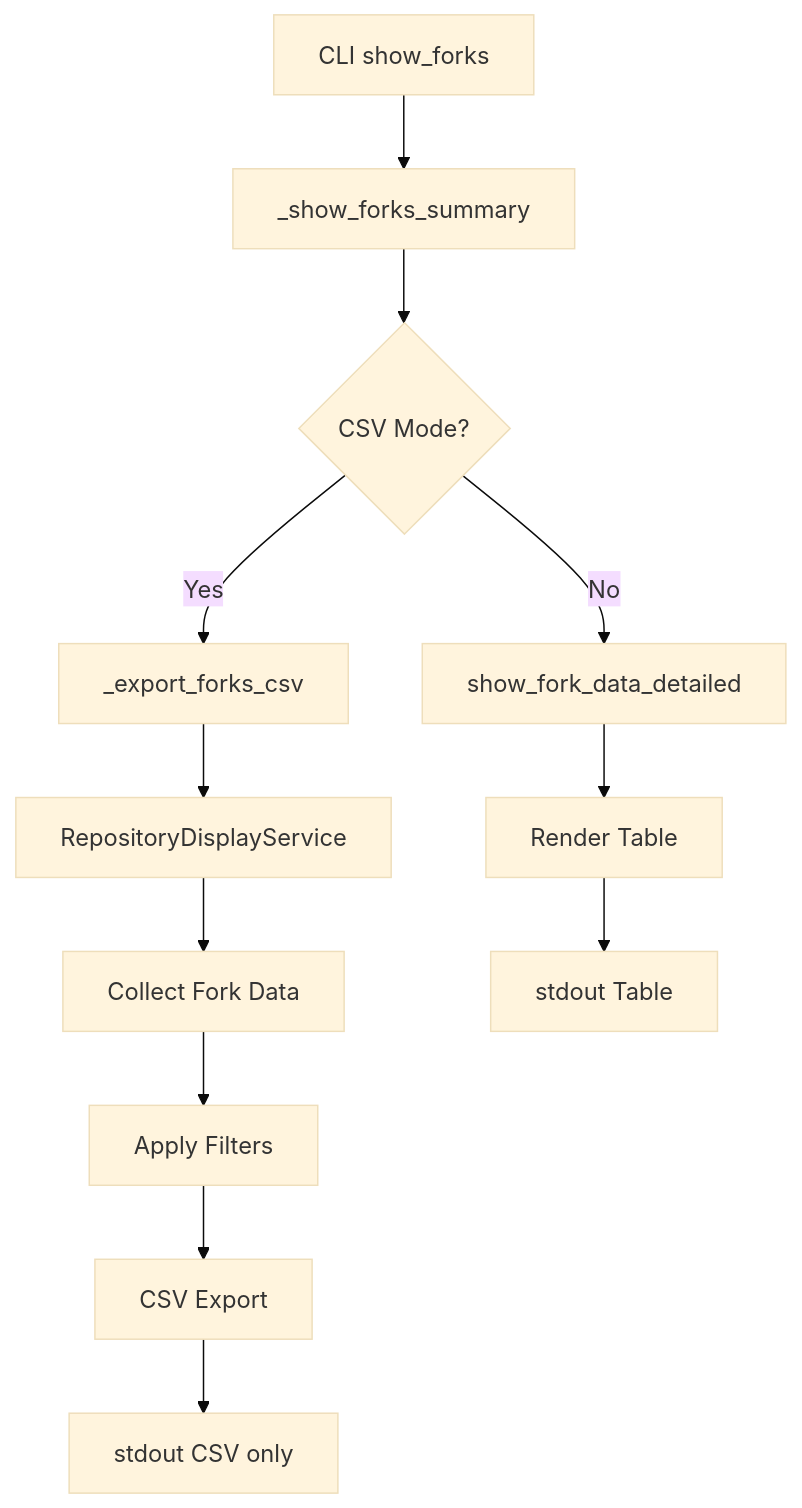
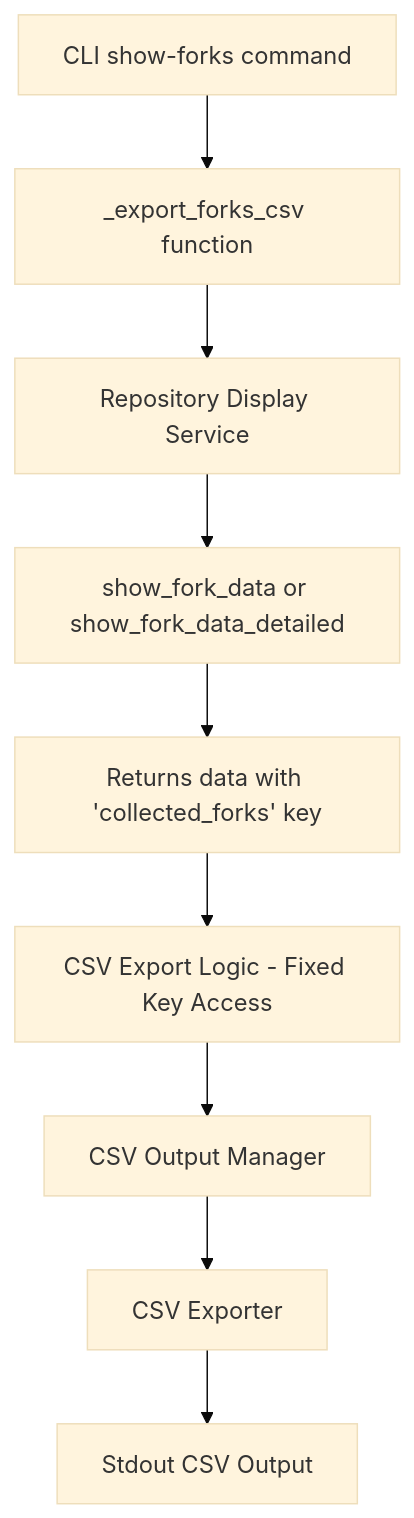
One commit to Romamo/forkscout changed the diagram in .kiro/specs/csv-export-fix/design.md. Above: the diagram before and after it, drawn with Mermaid (base theme). The commit also changed other lines of this file and 45 other files, not shown here.

````diff
--- a/.kiro/specs/csv-export-fix/design.md
+++ b/.kiro/specs/csv-export-fix/design.md
@@ -28,14 +19,11 @@
 ```mermaid
 graph TD
-    A[CLI show_forks] --> B[_show_forks_summary]
-    B --> C{CSV Mode?}
-    C -->|Yes| D[_export_forks_csv]
-    C -->|No| E[show_fork_data_detailed]
-    D --> F[RepositoryDisplayService]
-    F --> G[Collect Fork Data]
-    G --> H[Apply Filters]
-    H --> I[CSV Export]
-    I --> J[stdout CSV only]
-    E --> K[Render Table]
-    K --> L[stdout Table]
+    A[CLI show-forks command] --> B[_export_forks_csv function]
+    B --> C[Repository Display Service]
+    C --> D[show_fork_data or show_fork_data_detailed]
+    D --> E[Returns data with 'collected_forks' key]
+    E --> F[CSV Export Logic - Fixed Key Access]
+    F --> G[CSV Output Manager]
+    G --> H[CSV Exporter]
+    H --> I[Stdout CSV Output]
 ```
````
